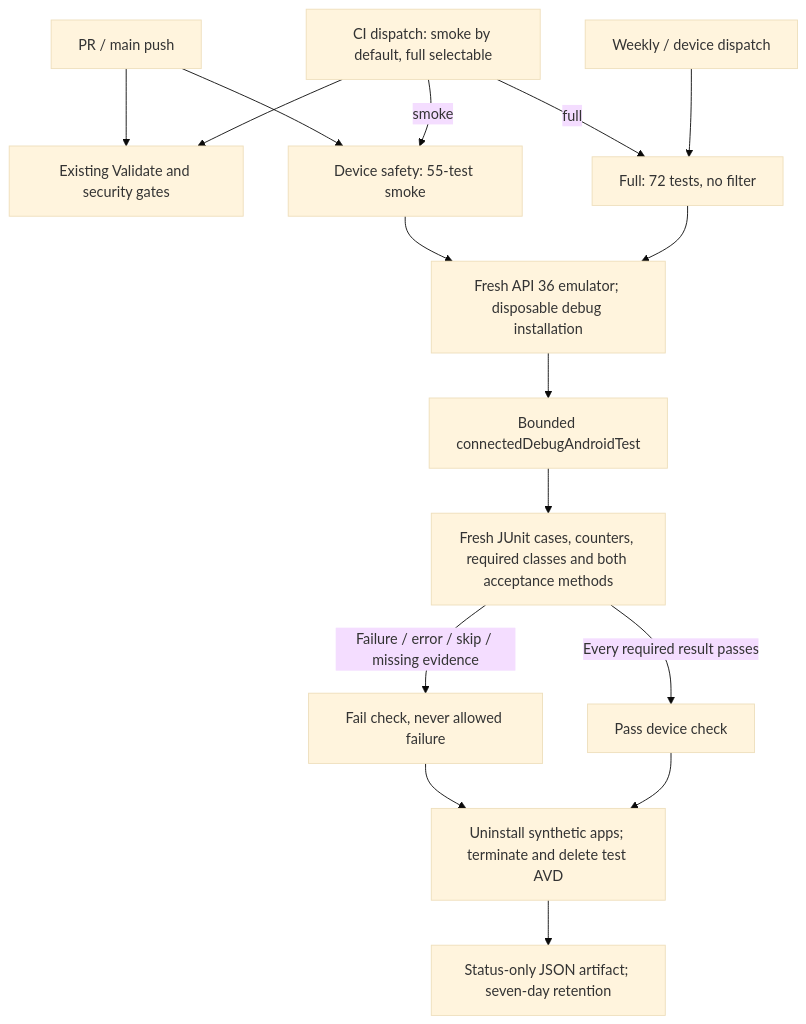
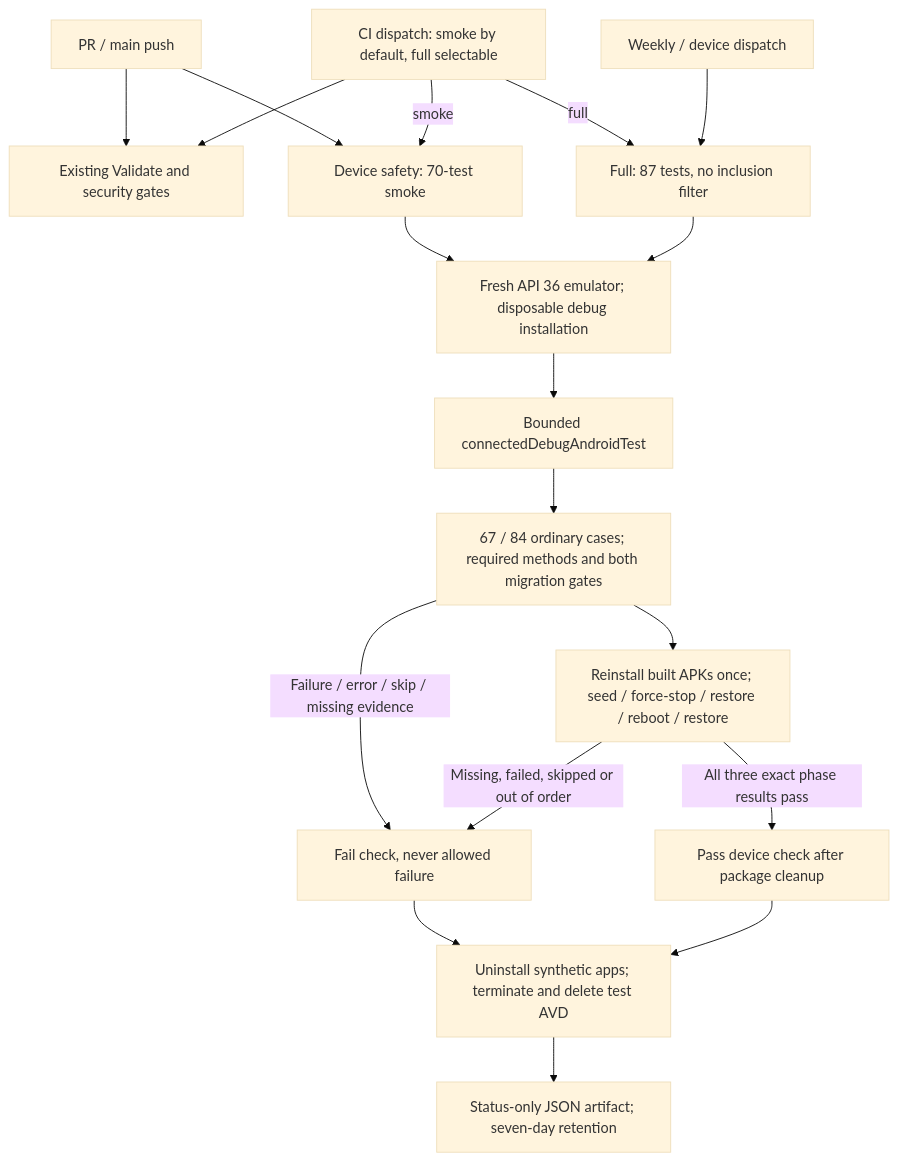
The diagram in docs/testing/device-tests.md (mcasillas17/WebSnag), drawn with Mermaid (base theme) before and after one commit. The commit also changed other lines of this file and 45 other files, not shown here.

````diff
--- a/docs/testing/device-tests.md
+++ b/docs/testing/device-tests.md
@@ -66,18 +92,20 @@
 ```mermaid
 flowchart TD
     PR["PR / main push"] --> V["Existing Validate and security gates"]
-    PR --> S["Device safety: 55-test smoke"]
+    PR --> S["Device safety: 70-test smoke"]
     D["CI dispatch: smoke by default, full selectable"] --> V
     D -->|"smoke"| S
     D -->|"full"| F
-    M["Weekly / device dispatch"] --> F["Full: 72 tests, no filter"]
+    M["Weekly / device dispatch"] --> F["Full: 87 tests, no inclusion filter"]
     S --> E["Fresh API 36 emulator; disposable debug installation"]
     F --> E
     E --> R["Bounded connectedDebugAndroidTest"]
-    R --> J["Fresh JUnit cases, counters, required classes and both acceptance methods"]
+    R --> J["67 / 84 ordinary cases; required methods and both migration gates"]
     J -->|"Failure / error / skip / missing evidence"| X["Fail check, never allowed failure"]
-    J -->|"Every required result passes"| P["Pass device check"]
+    J --> L["Reinstall built APKs once; seed / force-stop / restore / reboot / restore"]
+    L -->|"Missing, failed, skipped or out of order"| X
+    L -->|"All three exact phase results pass"| P["Pass device check after package cleanup"]
     X --> C["Uninstall synthetic apps; terminate and delete test AVD"]
     P --> C
     C --> A["Status-only JSON artifact; seven-day retention"]
 ```
````
